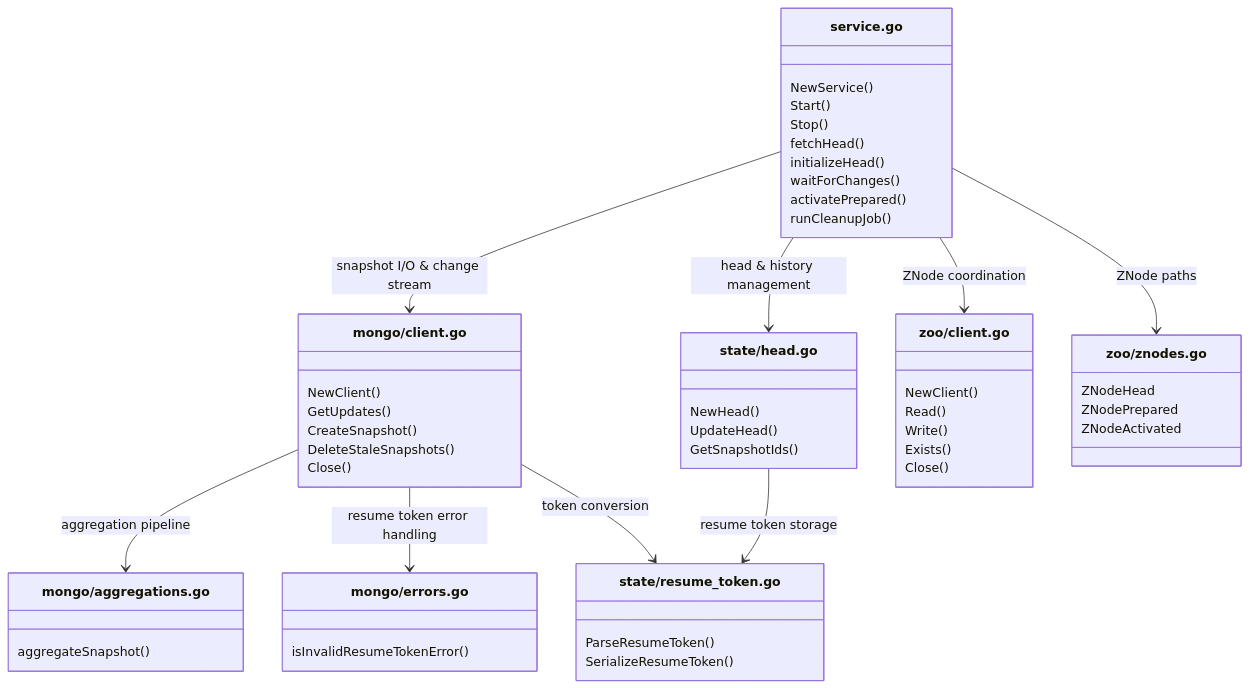
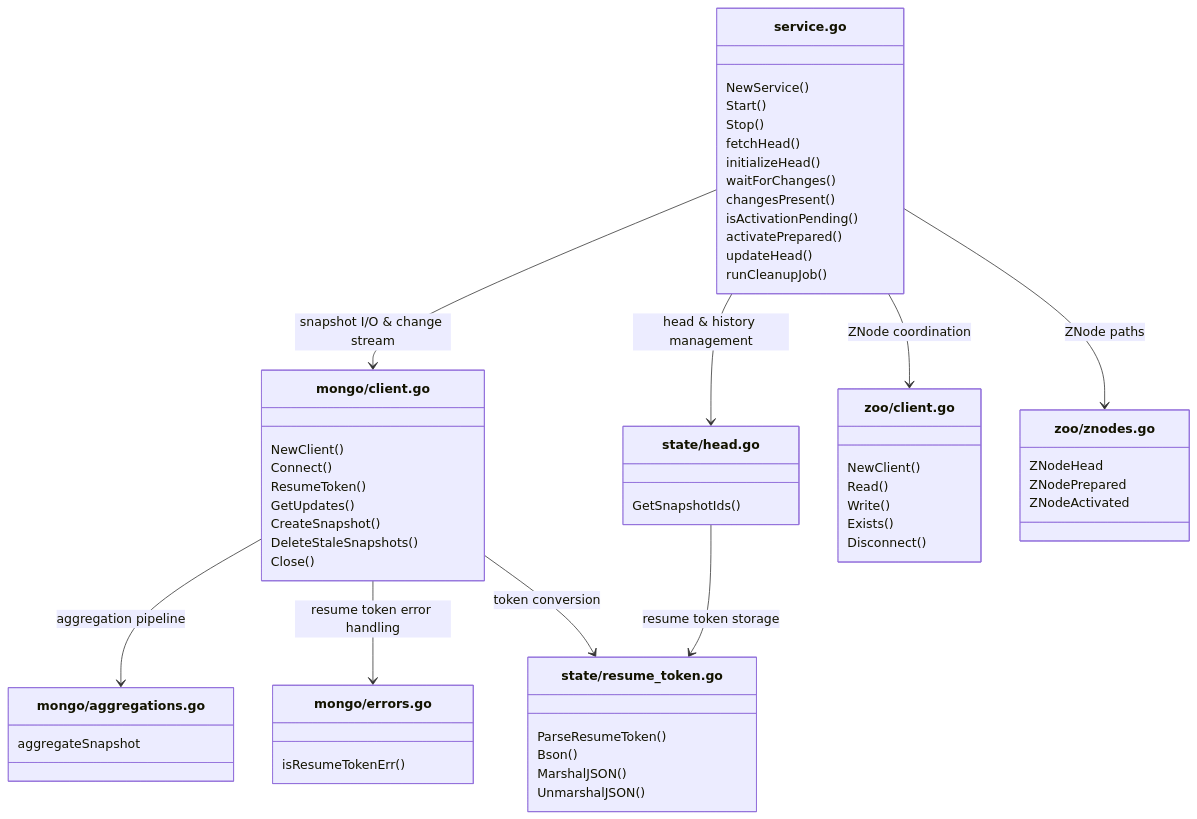
One commit to telekom/pubsub-horizon-quasar changed the second of 3 diagrams in docs/snapshots.md. Above: the diagram before and after it, drawn with Mermaid.

Commit message:
docs(snapshot): update mermaid chart

````diff
--- a/docs/snapshots.md
+++ b/docs/snapshots.md
@@ -64,57 +64,62 @@
 ```mermaid
 classDiagram
     direction TB
     class serviceFile["service.go"] {
         NewService()
         Start()
         Stop()
         fetchHead()
         initializeHead()
         waitForChanges()
+        changesPresent()
+        isActivationPending()
         activatePrepared()
+        updateHead()
         runCleanupJob()
     }
     class stateHeadFile["state/head.go"] {
-        NewHead()
-        UpdateHead()
         GetSnapshotIds()
     }
     class stateResumeTokenFile["state/resume_token.go"] {
         ParseResumeToken()
-        SerializeResumeToken()
+        Bson()
+        MarshalJSON()
+        UnmarshalJSON()
     }
     class mongoClientFile["mongo/client.go"] {
         NewClient()
+        Connect()
+        ResumeToken()
         GetUpdates()
         CreateSnapshot()
         DeleteStaleSnapshots()
         Close()
     }
     class mongoAggregationsFile["mongo/aggregations.go"] {
-        aggregateSnapshot()
+        aggregateSnapshot
     }
     class mongoErrorsFile["mongo/errors.go"] {
-        isInvalidResumeTokenError()
+        isResumeTokenErr()
     }
     class zooClientFile["zoo/client.go"] {
         NewClient()
         Read()
         Write()
         Exists()
-        Close()
+        Disconnect()
     }
     class zooZnodesFile["zoo/znodes.go"] {
         ZNodeHead
         ZNodePrepared
         ZNodeActivated
     }
 
     serviceFile --> mongoClientFile : snapshot I/O & change stream
     serviceFile --> zooClientFile : ZNode coordination
     serviceFile --> stateHeadFile : head & history management
     serviceFile --> zooZnodesFile : ZNode paths
     mongoClientFile --> mongoAggregationsFile : aggregation pipeline
     mongoClientFile --> mongoErrorsFile : resume token error handling
     mongoClientFile --> stateResumeTokenFile : token conversion
     stateHeadFile --> stateResumeTokenFile : resume token storage
 ```
````
